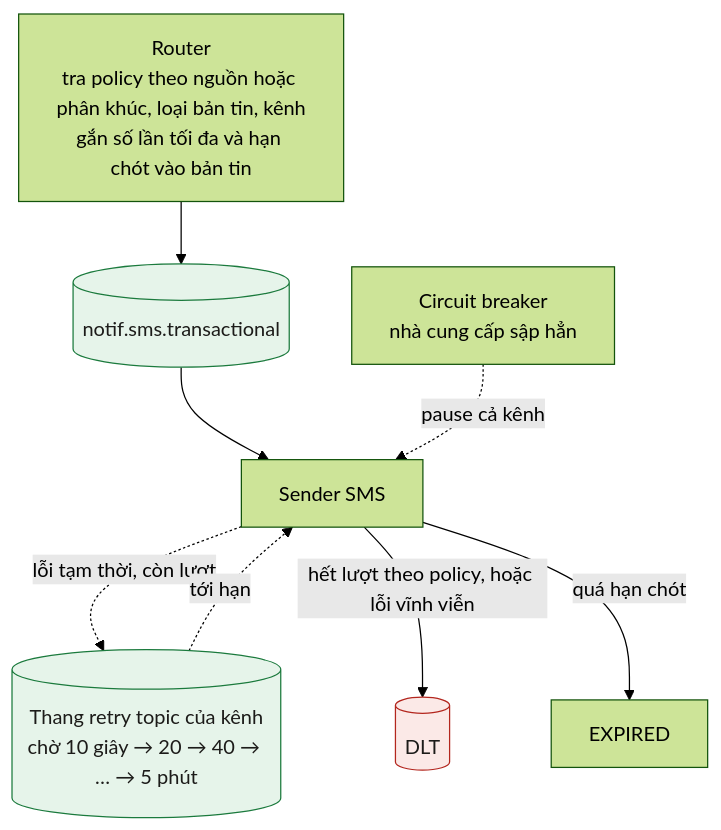
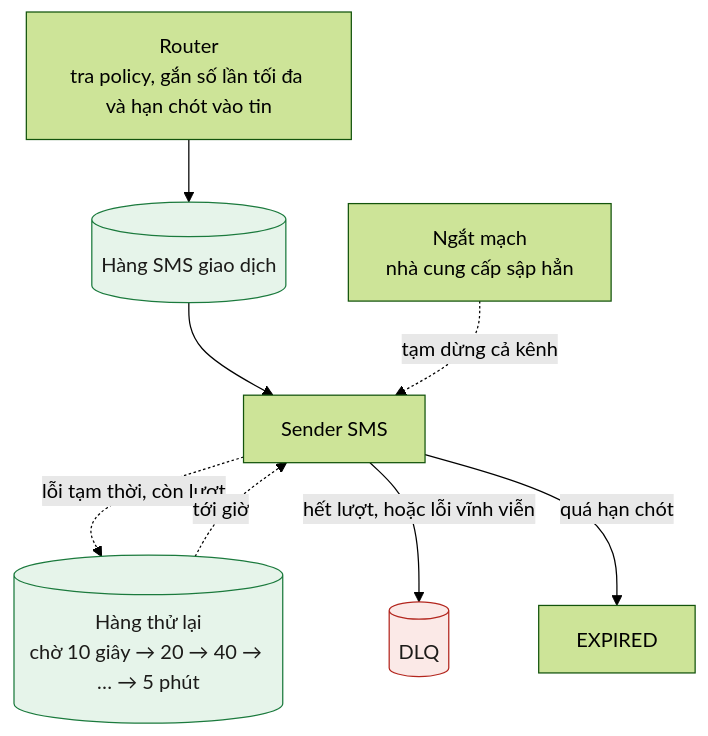
Before and after one commit to hainguyen85/kafka-study: the sixth of 9 diagrams in lessons/0017-notification-hub.md, drawn with Mermaid (forest theme). The commit also changed other lines of this file and 11 other files, not shown here.

First line of the commit message:
Bài 11: lời thường, bớt chi tiết kỹ thuật; mô phỏng retry và DLQ

````diff
--- a/lessons/0017-notification-hub.md
+++ b/lessons/0017-notification-hub.md
@@ -283,14 +270,14 @@
 ```mermaid
 flowchart TB
-R["Router<br/>tra policy theo nguồn hoặc phân khúc, loại bản tin, kênh<br/>gắn số lần tối đa và hạn chót vào bản tin"] --> M[("notif.sms.transactional")]
+R["Router<br/>tra policy, gắn số lần tối đa và hạn chót vào tin"] --> M[("Hàng SMS giao dịch")]
 M --> S["Sender SMS"]
-S -.->|"lỗi tạm thời, còn lượt"| L[("Thang retry topic của kênh<br/>chờ 10 giây → 20 → 40 → … → 5 phút")]
-L -.->|"tới hạn"| S
-S -->|"hết lượt theo policy, hoặc lỗi vĩnh viễn"| D[("DLT")]
+S -.->|"lỗi tạm thời, còn lượt"| L[("Hàng thử lại<br/>chờ 10 giây → 20 → 40 → … → 5 phút")]
+L -.->|"tới giờ"| S
+S -->|"hết lượt, hoặc lỗi vĩnh viễn"| D[("DLQ")]
 S -->|"quá hạn chót"| X["EXPIRED"]
-CB["Circuit breaker<br/>nhà cung cấp sập hẳn"] -.->|"pause cả kênh"| S
+CB["Ngắt mạch<br/>nhà cung cấp sập hẳn"] -.->|"tạm dừng cả kênh"| S
 class M,L ok
 class D warn
 classDef ok fill:#e6f4ea,stroke:#1b7a3d,color:#1c1b19
 classDef warn fill:#fbe9e7,stroke:#b3261e,color:#1c1b19
 ```
````
